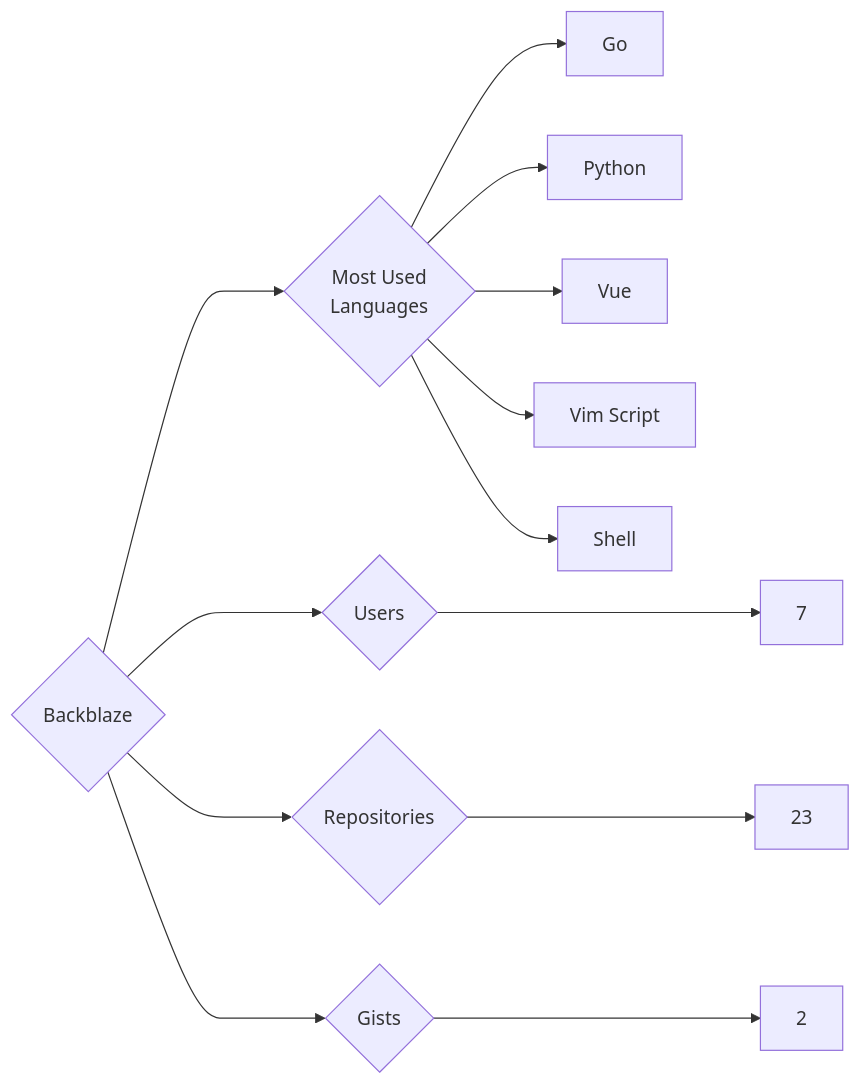
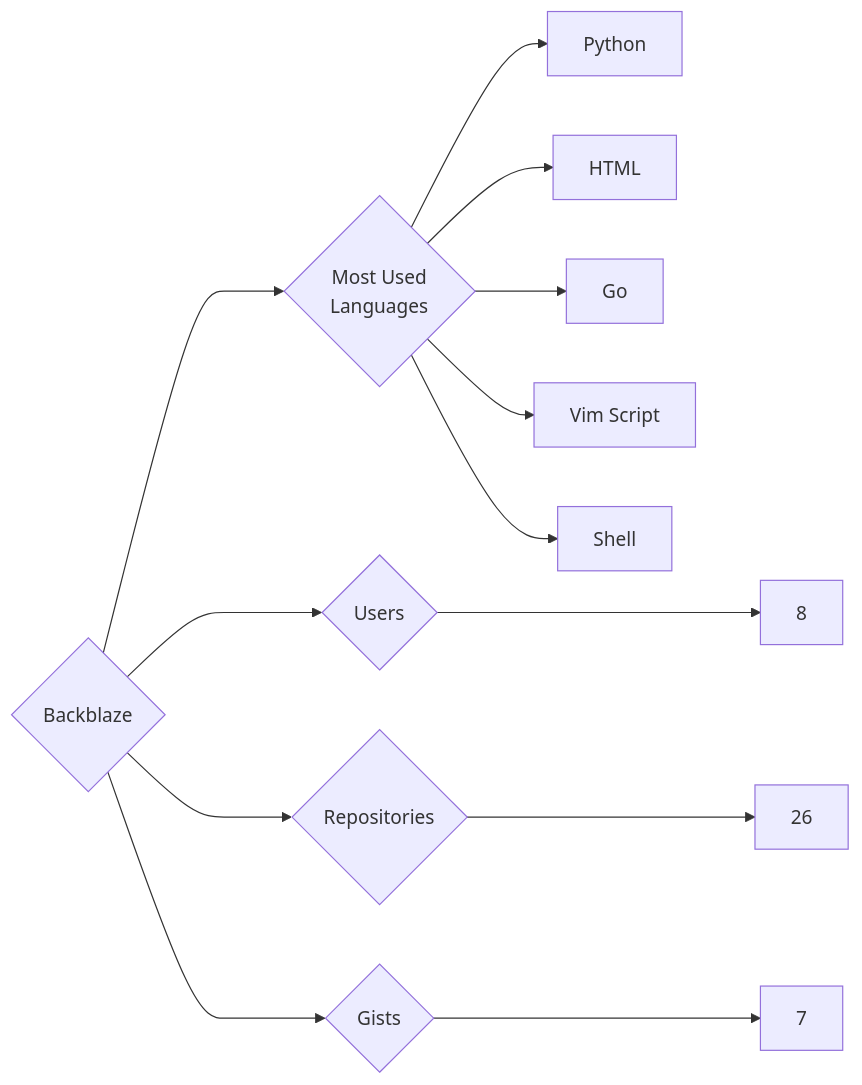
Before and after one commit to trickest/insiders: the diagram in targets/Backblaze/README.md, drawn with Mermaid. The commit also changed 942 other files, not shown here.

````diff
--- a/targets/Backblaze/README.md
+++ b/targets/Backblaze/README.md
@@ -3,13 +3,13 @@
 ```mermaid
 graph LR
 COMPANY_NAME{Backblaze}
-COMPANY_NAME ---> U{Users} ---> UN[7]
-COMPANY_NAME ---> R{Repositories} ---> RN[23]
-COMPANY_NAME ---> G{Gists} ---> GN[2]
+COMPANY_NAME ---> U{Users} ---> UN[8]
+COMPANY_NAME ---> R{Repositories} ---> RN[26]
+COMPANY_NAME ---> G{Gists} ---> GN[7]
 COMPANY_NAME ---> ML{Most Used<br>Languages}
+ML --> Python[Python]
+ML --> HTML[HTML]
 ML --> Go[Go]
-ML --> Python[Python]
-ML --> Vue[Vue]
 ML --> Vim_Script[Vim Script]
 ML --> Shell[Shell]
 ```
````
